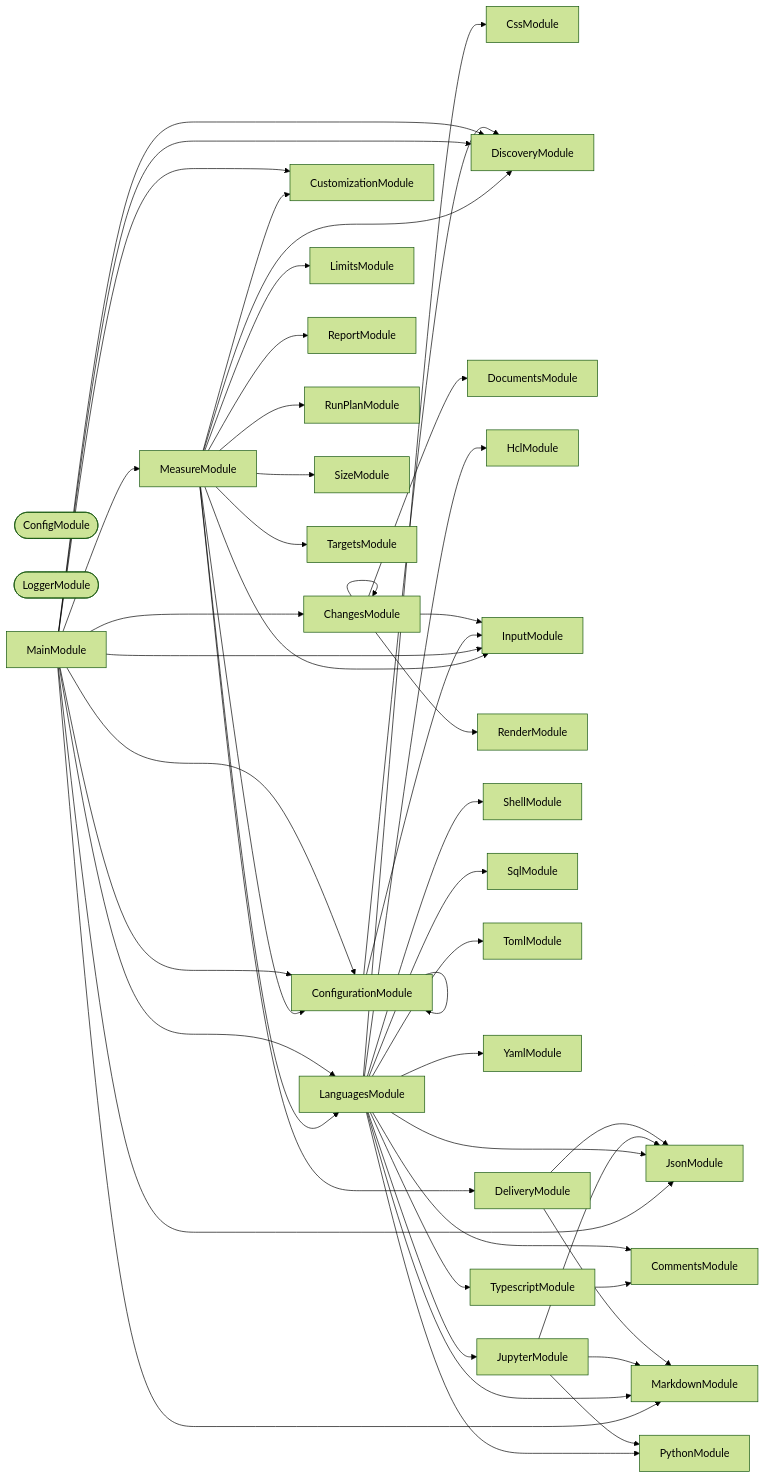
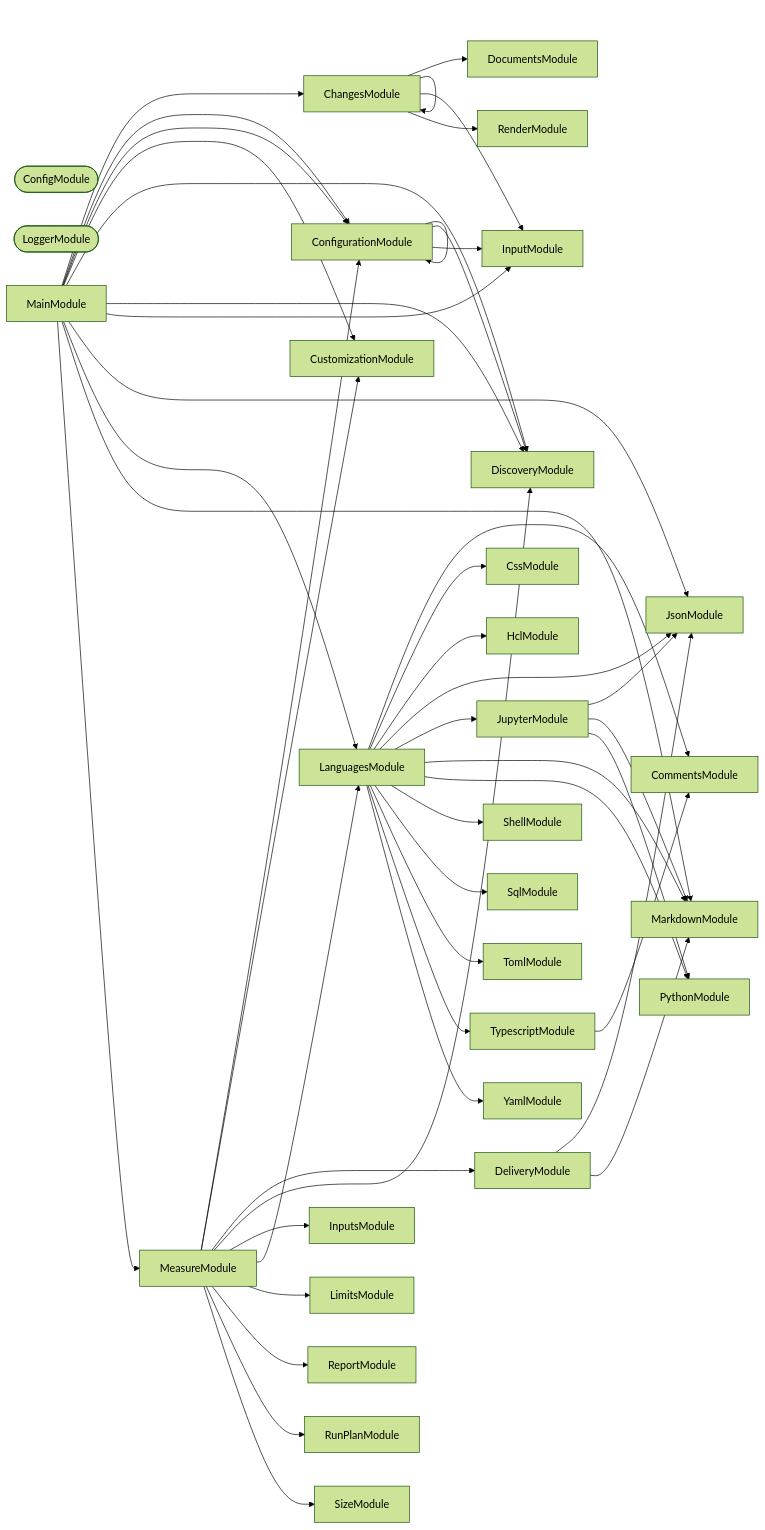
One commit to JimmyPaolini/codebase changed the second of 3 diagrams in packages/codometer-cli/README.md. Above: the diagram before and after it, drawn with Mermaid (forest theme). The commit also changed other lines of this file and 47 other files, not shown here.

````diff
--- a/packages/codometer-cli/README.md
+++ b/packages/codometer-cli/README.md
@@ -953,80 +924,79 @@
 ```mermaid
 flowchart LR
   ChangesModule
   CommentsModule
   ConfigModule([ConfigModule])
   ConfigurationModule
   CssModule
   CustomizationModule
   DeliveryModule
   DiscoveryModule
   DocumentsModule
   HclModule
   InputModule
+  InputsModule
   JsonModule
   JupyterModule
   LanguagesModule
   LimitsModule
   LoggerModule([LoggerModule])
   MainModule
   MarkdownModule
   MeasureModule
   PythonModule
   RenderModule
   ReportModule
   RunPlanModule
   ShellModule
   SizeModule
   SqlModule
-  TargetsModule
   TomlModule
   TypescriptModule
   YamlModule
   ChangesModule --> ChangesModule
   ChangesModule --> DocumentsModule
   ChangesModule --> InputModule
   ChangesModule --> RenderModule
   ConfigurationModule --> ConfigurationModule
   ConfigurationModule --> DiscoveryModule
   ConfigurationModule --> InputModule
   DeliveryModule --> JsonModule
   DeliveryModule --> MarkdownModule
   JupyterModule --> JsonModule
   JupyterModule --> MarkdownModule
   JupyterModule --> PythonModule
   LanguagesModule --> CommentsModule
   LanguagesModule --> CssModule
   LanguagesModule --> HclModule
   LanguagesModule --> JsonModule
   LanguagesModule --> JupyterModule
   LanguagesModule --> MarkdownModule
   LanguagesModule --> PythonModule
   LanguagesModule --> ShellModule
   LanguagesModule --> SqlModule
   LanguagesModule --> TomlModule
   LanguagesModule --> TypescriptModule
   LanguagesModule --> YamlModule
   MainModule --> ChangesModule
   MainModule --> ConfigurationModule
   MainModule --> ConfigurationModule
   MainModule --> CustomizationModule
   MainModule --> DiscoveryModule
   MainModule --> DiscoveryModule
   MainModule --> InputModule
   MainModule --> JsonModule
   MainModule --> LanguagesModule
   MainModule --> MarkdownModule
   MainModule --> MeasureModule
   MeasureModule --> ConfigurationModule
   MeasureModule --> CustomizationModule
   MeasureModule --> DeliveryModule
   MeasureModule --> DiscoveryModule
-  MeasureModule --> InputModule
+  MeasureModule --> InputsModule
   MeasureModule --> LanguagesModule
   MeasureModule --> LimitsModule
   MeasureModule --> ReportModule
   MeasureModule --> RunPlanModule
   MeasureModule --> SizeModule
-  MeasureModule --> TargetsModule
   TypescriptModule --> CommentsModule
 ```
````
